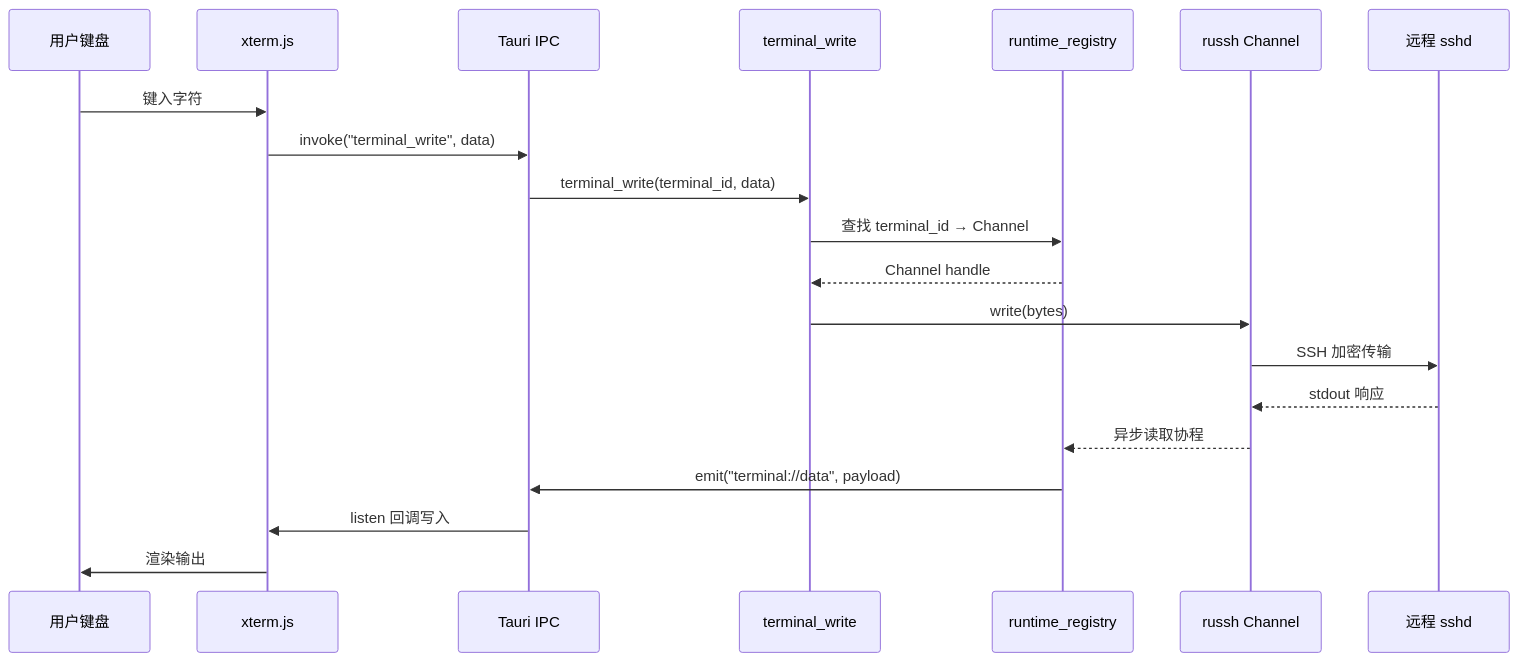
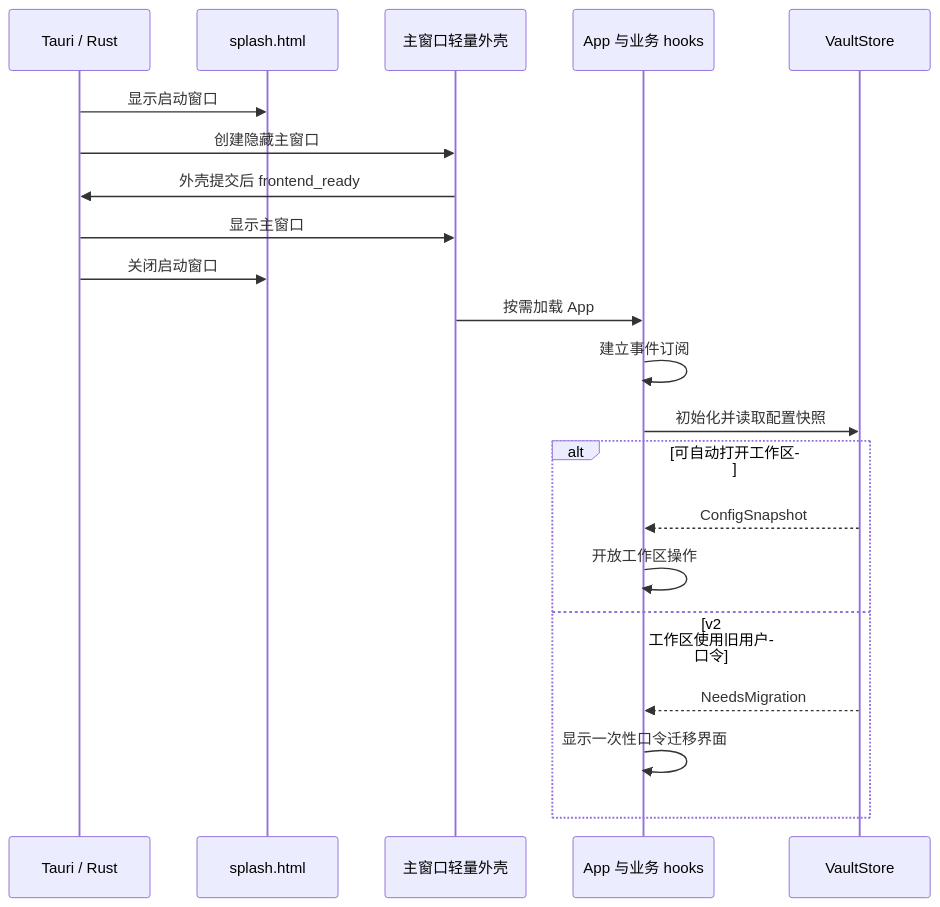
One commit to lookfeeb/Hlem_SSH changed the second of 6 diagrams in README.md. Above: the diagram before and after it, drawn with Mermaid. The commit also changed other lines of this file and 47 other files, not shown here.

````diff
--- a/README.md
+++ b/README.md
@@ -334,23 +146,23 @@
 ```mermaid
 sequenceDiagram
-    participant User as 用户键盘
-    participant Xterm as xterm.js
-    participant IPC as Tauri IPC
-    participant Cmd as terminal_write
-    participant Registry as runtime_registry
-    participant Channel as russh Channel
-    participant Server as 远程 sshd
-
-    User->>Xterm: 键入字符
-    Xterm->>IPC: invoke("terminal_write", data)
-    IPC->>Cmd: terminal_write(terminal_id, data)
-    Cmd->>Registry: 查找 terminal_id → Channel
-    Registry-->>Cmd: Channel handle
-    Cmd->>Channel: write(bytes)
-    Channel->>Server: SSH 加密传输
-    Server-->>Channel: stdout 响应
-    Channel-->>Registry: 异步读取协程
-    Registry->>IPC: emit("terminal://data", payload)
-    IPC->>Xterm: listen 回调写入
-    Xterm->>User: 渲染输出
+    participant T as Tauri / Rust
+    participant S as splash.html
+    participant M as 主窗口轻量外壳
+    participant A as App 与业务 hooks
+    participant V as VaultStore
+    T->>S: 显示启动窗口
+    T->>M: 创建隐藏主窗口
+    M->>T: 外壳提交后 frontend_ready
+    T->>M: 显示主窗口
+    T->>S: 关闭启动窗口
+    M->>A: 按需加载 App
+    A->>A: 建立事件订阅
+    A->>V: 初始化并读取配置快照
+    alt 可自动打开工作区
+        V-->>A: ConfigSnapshot
+        A->>A: 开放工作区操作
+    else v2 工作区使用旧用户口令
+        V-->>A: NeedsMigration
+        A->>A: 显示一次性口令迁移界面
+    end
 ```
````
